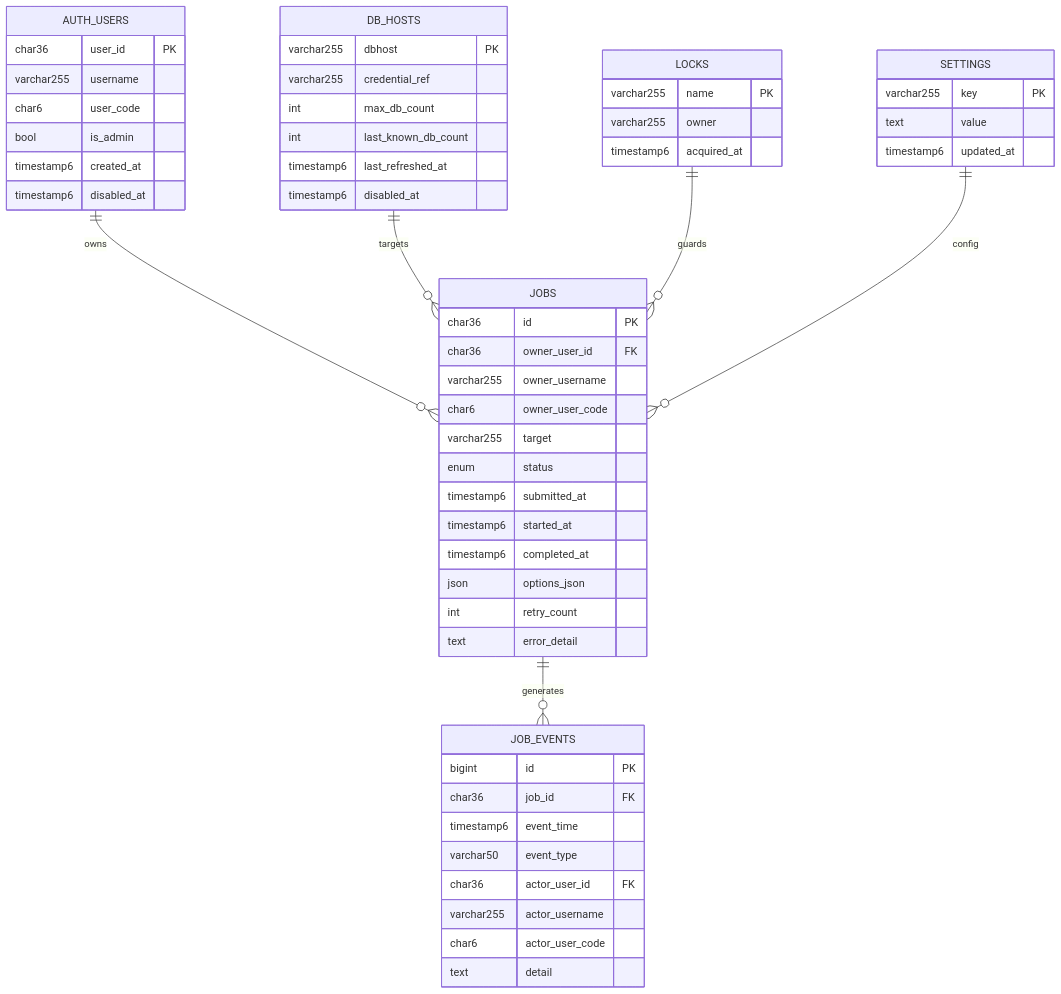
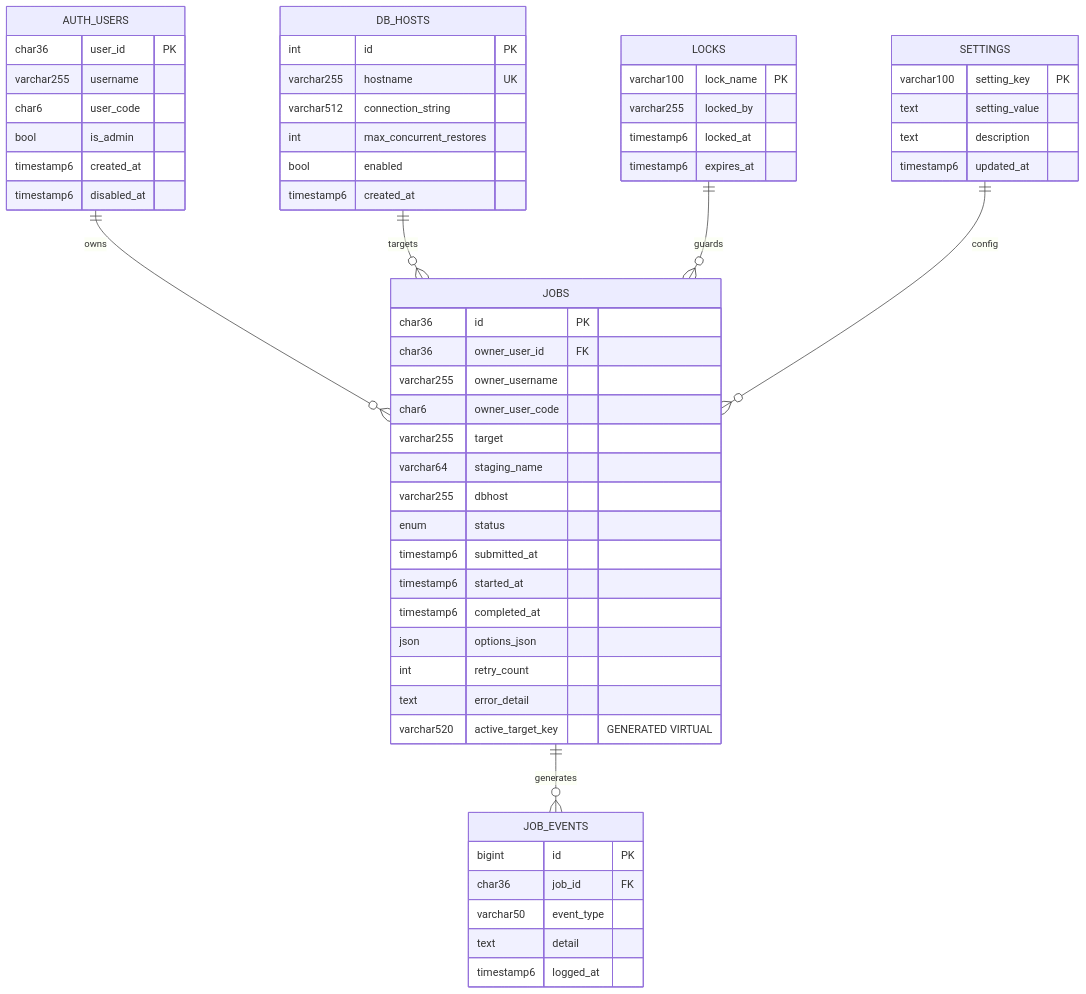
One commit to CharlesHandshy/pullDB changed the diagram in design/diagrams/mysql-schema.mmd. Above: the diagram before and after it, drawn with Mermaid. The commit also changed 31 other files, not shown here.

```diff
--- a/design/diagrams/mysql-schema.mmd
+++ b/design/diagrams/mysql-schema.mmd
@@ -1,63 +1,65 @@
 %% Mermaid ER diagram for core prototype tables
 erDiagram
   AUTH_USERS ||--o{ JOBS : owns
   JOBS ||--o{ JOB_EVENTS : generates
   DB_HOSTS ||--o{ JOBS : targets
   LOCKS ||--o{ JOBS : guards
   SETTINGS ||--o{ JOBS : config
 
   AUTH_USERS {
     char36 user_id PK
     varchar255 username
     char6 user_code
     bool is_admin
     timestamp6 created_at
     timestamp6 disabled_at
   }
 
   JOBS {
     char36 id PK
     char36 owner_user_id FK
     varchar255 owner_username
     char6 owner_user_code
     varchar255 target
+    varchar64 staging_name
+    varchar255 dbhost
     enum status
     timestamp6 submitted_at
     timestamp6 started_at
     timestamp6 completed_at
     json options_json
     int retry_count
     text error_detail
+    varchar520 active_target_key "GENERATED VIRTUAL"
   }
 
   JOB_EVENTS {
     bigint id PK
     char36 job_id FK
-    timestamp6 event_time
     varchar50 event_type
-    char36 actor_user_id FK
-    varchar255 actor_username
-    char6 actor_user_code
     text detail
+    timestamp6 logged_at
   }
 
   DB_HOSTS {
-    varchar255 dbhost PK
-    varchar255 credential_ref
-    int max_db_count
-    int last_known_db_count
-    timestamp6 last_refreshed_at
-    timestamp6 disabled_at
+    int id PK
+    varchar255 hostname UK
+    varchar512 connection_string
+    int max_concurrent_restores
+    bool enabled
+    timestamp6 created_at
   }
 
   LOCKS {
-    varchar255 name PK
-    varchar255 owner
-    timestamp6 acquired_at
+    varchar100 lock_name PK
+    varchar255 locked_by
+    timestamp6 locked_at
+    timestamp6 expires_at
   }
 
   SETTINGS {
-    varchar255 key PK
-    text value
+    varchar100 setting_key PK
+    text setting_value
+    text description
     timestamp6 updated_at
   }
```
